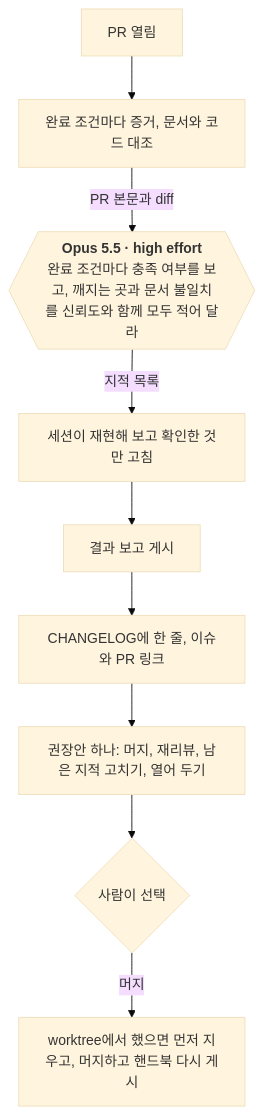
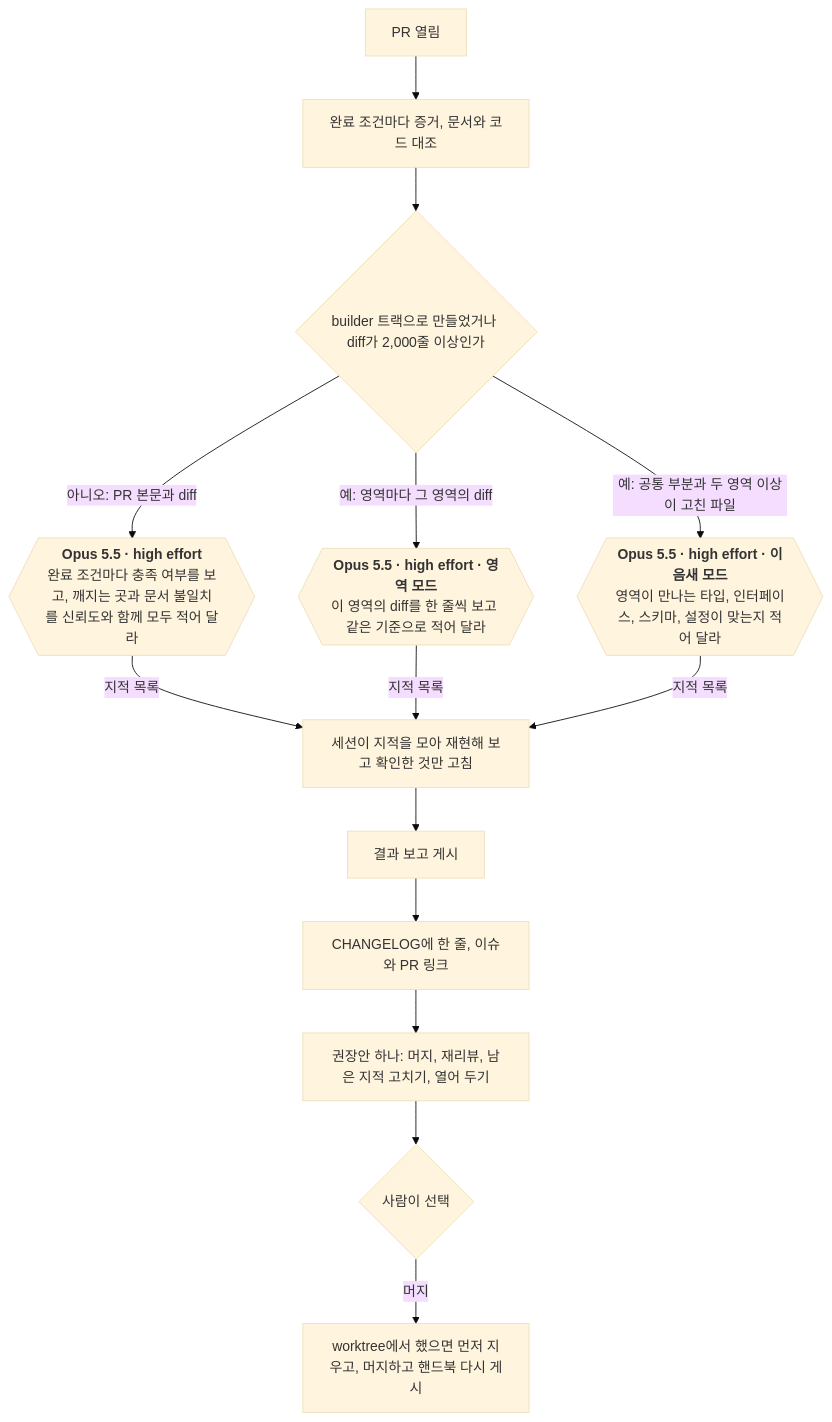
Before and after one commit to dincal/agent_logbook: the seventh of 9 diagrams in docs/system/flows.md, drawn with Mermaid (base theme). The commit also changed other lines of this file and 17 other files, not shown here.

````diff
--- a/docs/system/flows.md
+++ b/docs/system/flows.md
@@ -193,12 +193,17 @@
 ```mermaid
 flowchart TD
   PR["PR 열림"] --> EV["완료 조건마다 증거, 문서와 코드 대조"]
-  EV -->|"PR 본문과 diff"| RV{{"`**Opus 5.5 · high effort**
+  EV --> SP{"builder 트랙으로 만들었거나 diff가 2,000줄 이상인가"}
+  SP -->|"아니오: PR 본문과 diff"| RV{{"`**Opus 5.5 · high effort**
   완료 조건마다 충족 여부를 보고, 깨지는 곳과 문서 불일치를 신뢰도와 함께 모두 적어 달라`"}}
-  RV -->|"지적 목록"| VF["세션이 재현해 보고 확인한 것만 고침"]
+  SP -->|"예: 영역마다 그 영역의 diff"| RA{{"`**Opus 5.5 · high effort · 영역 모드**
+  이 영역의 diff를 한 줄씩 보고 같은 기준으로 적어 달라`"}}
+  SP -->|"예: 공통 부분과 두 영역 이상이 고친 파일"| RS{{"`**Opus 5.5 · high effort · 이음새 모드**
+  영역이 만나는 타입, 인터페이스, 스키마, 설정이 맞는지 적어 달라`"}}
+  RV & RA & RS -->|"지적 목록"| VF["세션이 지적을 모아 재현해 보고 확인한 것만 고침"]
   VF --> DB["결과 보고 게시"]
   DB --> CL["CHANGELOG에 한 줄, 이슈와 PR 링크"]
   CL --> RC["권장안 하나: 머지, 재리뷰, 남은 지적 고치기, 열어 두기"]
   RC --> Q{"사람이 선택"}
   Q -->|"머지"| HB["worktree에서 했으면 먼저 지우고, 머지하고 핸드북 다시 게시"]
 ```
````
